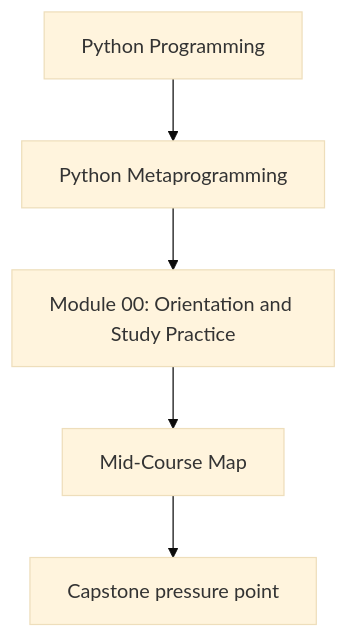
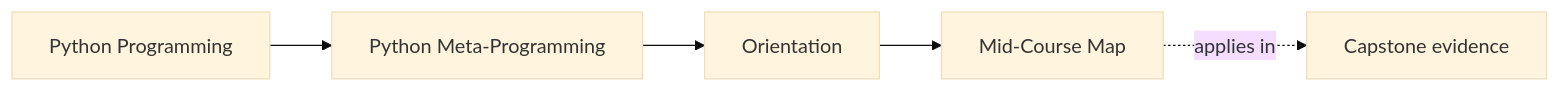
One commit to bijux/bijux-masterclass changed the first of 2 diagrams in programs/python-programming/python-meta-programming/course-book/module-00-orientation/mid-course-map.md. Above: the diagram before and after it, drawn with Mermaid (base theme). The commit also changed other lines of this file and 55 other files, not shown here.

Commit message:
docs(python-meta-programming): map runtime foundations and inspection routes

````diff
--- a/programs/python-programming/python-meta-programming/course-book/module-00-orientation/mid-course-map.md
+++ b/programs/python-programming/python-meta-programming/course-book/module-00-orientation/mid-course-map.md
@@ -6,7 +6,11 @@
 ```mermaid
-flowchart TD
-  family["Python Programming"] --> program["Python Metaprogramming"]
-  program --> module["Module 00: Orientation and Study Practice"]
-  module --> concept["Mid-Course Map"]
-  concept --> capstone["Capstone pressure point"]
+graph LR
+  family["Python Programming"]
+  program["Python Meta-Programming"]
+  section["Orientation"]
+  page["Mid-Course Map"]
+  capstone["Capstone evidence"]
+
+  family --> program --> section --> page
+  page -.applies in.-> capstone
 ```
````
